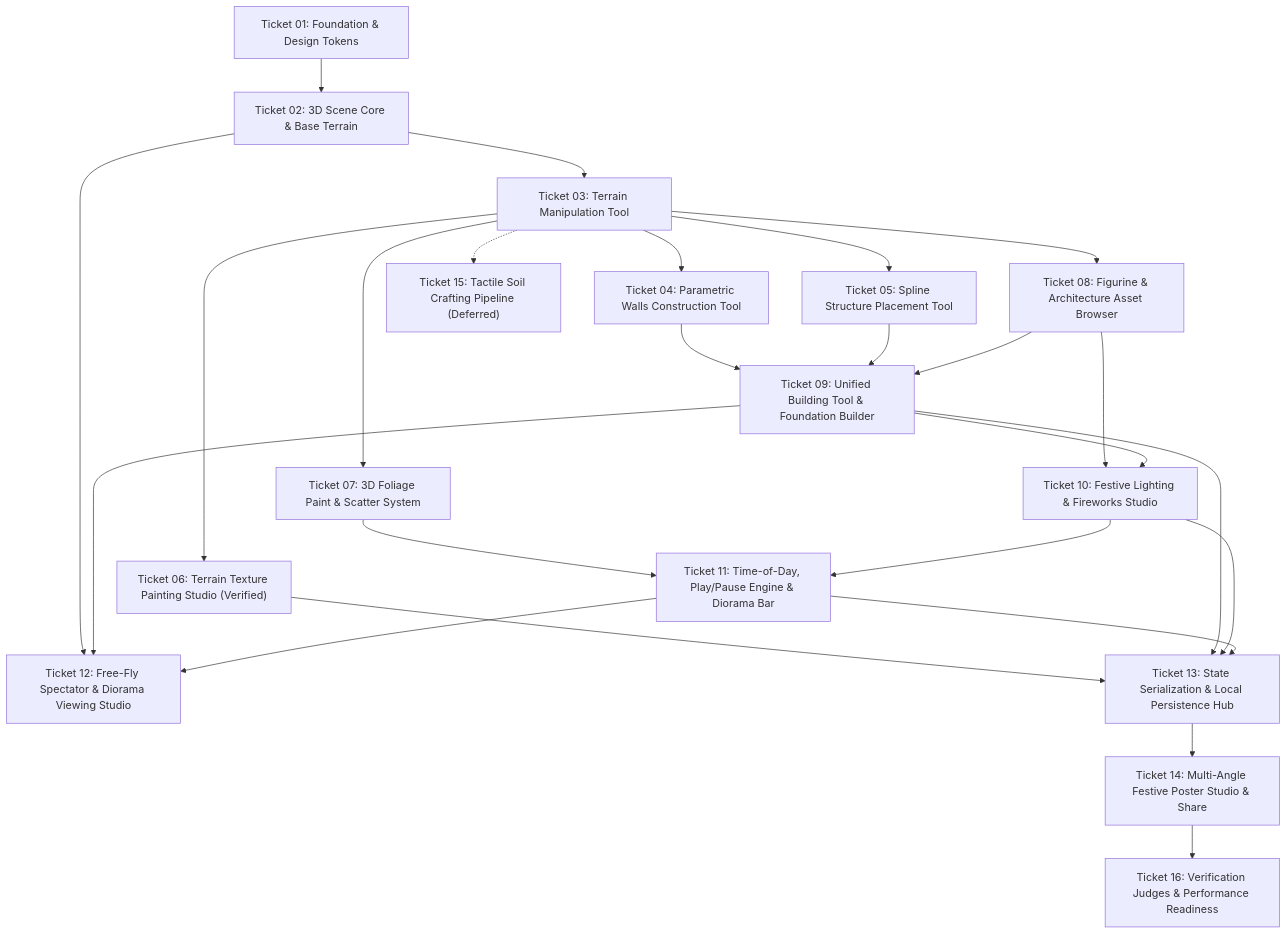
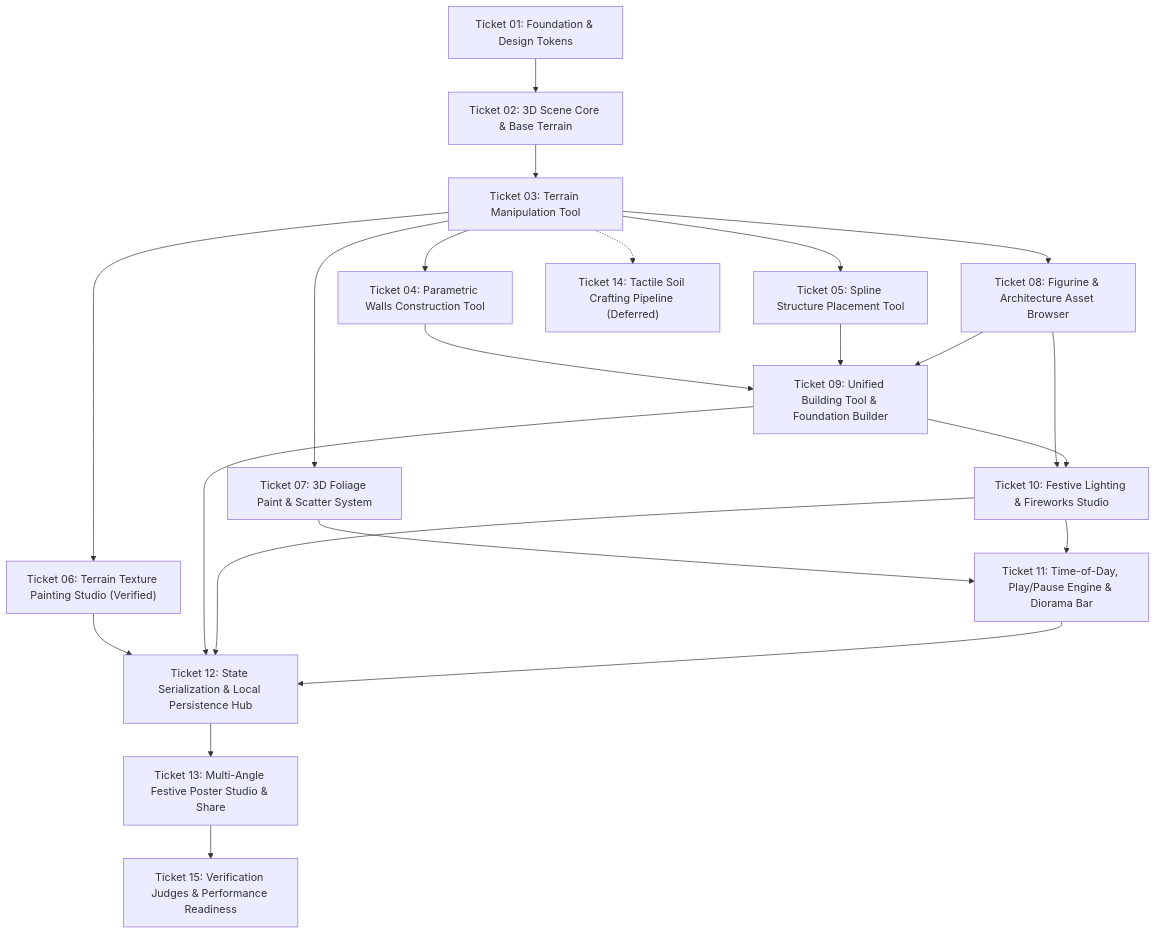
One commit to adityapawar112/KillaPlayground changed the diagram in roadmap.md. Above: the diagram before and after it, drawn with Mermaid. The commit also changed other lines of this file and 4 other files, not shown here.

Commit message:
docs: consolidate Ticket 12 into Ticket 11, renumber remaining tickets to 15, update design/arch/product specs, and sync GitHub issues

````diff
--- a/roadmap.md
+++ b/roadmap.md
@@ -11,32 +11,29 @@
 ```mermaid
 graph TD
   T01["Ticket 01: Foundation & Design Tokens"] --> T02["Ticket 02: 3D Scene Core & Base Terrain"]
   T02 --> T03["Ticket 03: Terrain Manipulation Tool"]
   
   T03 --> T04["Ticket 04: Parametric Walls Construction Tool"]
   T03 --> T05["Ticket 05: Spline Structure Placement Tool"]
   T03 --> T06["Ticket 06: Terrain Texture Painting Studio (Verified)"]
   T03 --> T07["Ticket 07: 3D Foliage Paint & Scatter System"]
   T03 --> T08["Ticket 08: Figurine & Architecture Asset Browser"]
   
   T04 --> T09["Ticket 09: Unified Building Tool & Foundation Builder"]
   T05 --> T09
   T08 --> T09
   T08 --> T10["Ticket 10: Festive Lighting & Fireworks Studio"]
   T09 --> T10
   T07 --> T11["Ticket 11: Time-of-Day, Play/Pause Engine & Diorama Bar"]
   T10 --> T11
-  T02 --> T12["Ticket 12: Free-Fly Spectator & Diorama Viewing Studio"]
+  
+  T06 --> T12["Ticket 12: State Serialization & Local Persistence Hub"]
   T09 --> T12
+  T10 --> T12
   T11 --> T12
   
-  T06 --> T13["Ticket 13: State Serialization & Local Persistence Hub"]
-  T09 --> T13
-  T10 --> T13
-  T11 --> T13
+  T12 --> T13["Ticket 13: Multi-Angle Festive Poster Studio & Share"]
   
-  T13 --> T14["Ticket 14: Multi-Angle Festive Poster Studio & Share"]
-  
-  T03 -.-> T15["Ticket 15: Tactile Soil Crafting Pipeline (Deferred)"]
-  T14 --> T16["Ticket 16: Verification Judges & Performance Readiness"]
+  T03 -.-> T14["Ticket 14: Tactile Soil Crafting Pipeline (Deferred)"]
+  T13 --> T15["Ticket 15: Verification Judges & Performance Readiness"]
 ```
````
